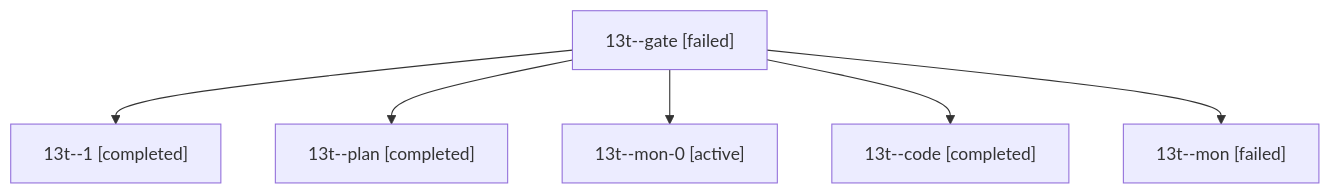
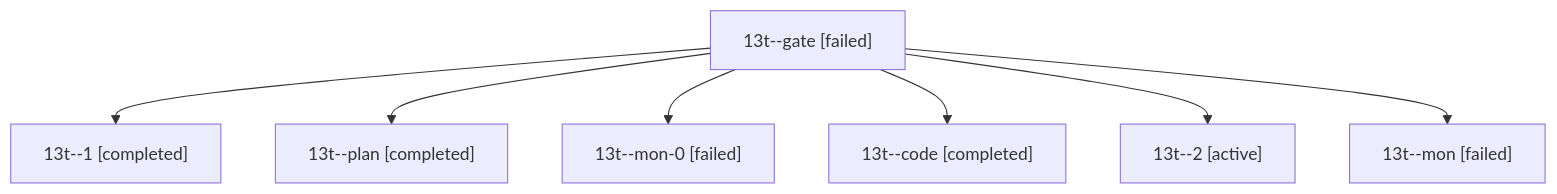
One commit to sase-org/sase--agents changed the diagram in sessions/bbugyi200.athena.13t.md. Above: the diagram before and after it, drawn with Mermaid. The commit also changed other lines of this file and 17 other files, not shown here.

````diff
--- a/sessions/bbugyi200.athena.13t.md
+++ b/sessions/bbugyi200.athena.13t.md
@@ -9,14 +9,16 @@
 ```mermaid
 flowchart TD
   n0["13t--gate [failed]"]
   n1["13t--1 [completed]"]
   n0 --> n1
   n2["13t--plan [completed]"]
   n0 --> n2
-  n3["13t--mon-0 [active]"]
+  n3["13t--mon-0 [failed]"]
   n0 --> n3
   n4["13t--code [completed]"]
   n0 --> n4
-  n5["13t--mon [failed]"]
+  n5["13t--2 [active]"]
   n0 --> n5
+  n6["13t--mon [failed]"]
+  n0 --> n6
 ```
````
